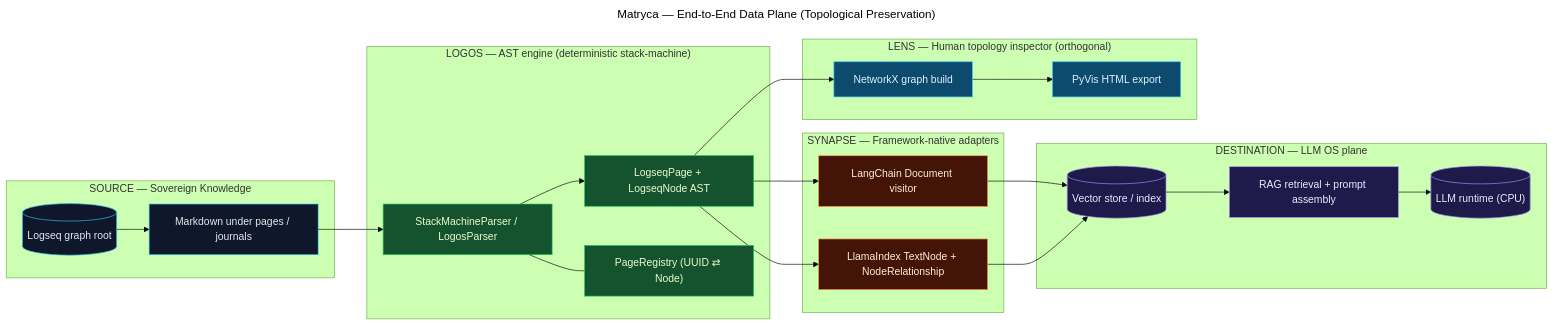
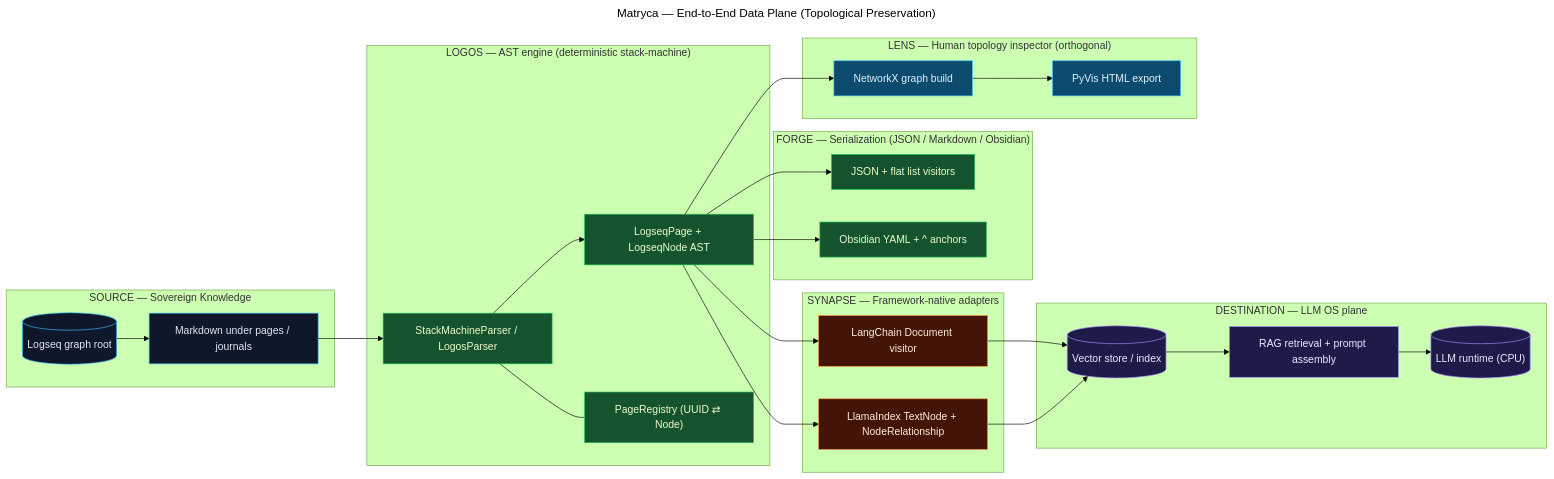
One commit to MarcoPorcellato/logseq-matryca-parser changed the fourth of 6 diagrams in docs/ARCHITECTURE.md. Above: the diagram before and after it, drawn with Mermaid (forest theme). The commit also changed other lines of this file and 1 other file, not shown here.

First line of the commit message:
docs: update README and ARCHITECTURE for enhanced clarity and new features

````diff
--- a/docs/ARCHITECTURE.md
+++ b/docs/ARCHITECTURE.md
@@ -118,48 +118,55 @@
 ```mermaid
 ---
 title: Matryca — End-to-End Data Plane (Topological Preservation)
 ---
 flowchart LR
   %% Styles
   classDef source fill:#0f172a,stroke:#38bdf8,color:#e2e8f0;
   classDef logos fill:#14532d,stroke:#22c55e,color:#ecfccb;
   classDef synapse fill:#431407,stroke:#fb923c,color:#ffedd5;
   classDef sink fill:#1e1b4b,stroke:#a78bfa,color:#ede9fe;
   classDef lens fill:#0c4a6e,stroke:#38bdf8,color:#e0f2fe;
 
   subgraph SRC["SOURCE — Sovereign Knowledge"]
     G[("Logseq graph root")]:::source
     MD["Markdown under pages / journals"]:::source
   end
 
   subgraph LOGOS["LOGOS — AST engine (deterministic stack-machine)"]
     P["StackMachineParser / LogosParser"]:::logos
     AST["LogseqPage + LogseqNode AST"]:::logos
     REG["PageRegistry (UUID ⇄ Node)"]:::logos
   end
 
+  subgraph FORGE_SIDE["FORGE — Serialization (JSON / Markdown / Obsidian)"]
+    FJ["JSON + flat list visitors"]:::logos
+    FO["Obsidian YAML + ^ anchors"]:::logos
+  end
+
   subgraph SYN["SYNAPSE — Framework-native adapters"]
     LC["LangChain Document visitor"]:::synapse
     LI["LlamaIndex TextNode + NodeRelationship"]:::synapse
   end
 
   subgraph OUT["DESTINATION — LLM OS plane"]
     VS[("Vector store / index")]:::sink
     RAG["RAG retrieval + prompt assembly"]:::sink
     LLM[("LLM runtime (CPU)")]:::sink
   end
 
   subgraph LENS_SIDE["LENS — Human topology inspector (orthogonal)"]
     NX["NetworkX graph build"]:::lens
     PV["PyVis HTML export"]:::lens
   end
 
   G --> MD --> P --> AST
   P --- REG
+  AST --> FJ
+  AST --> FO
   AST --> LC
   AST --> LI
   AST --> NX --> PV
   LC --> VS
   LI --> VS
   VS --> RAG --> LLM
 ```
````
